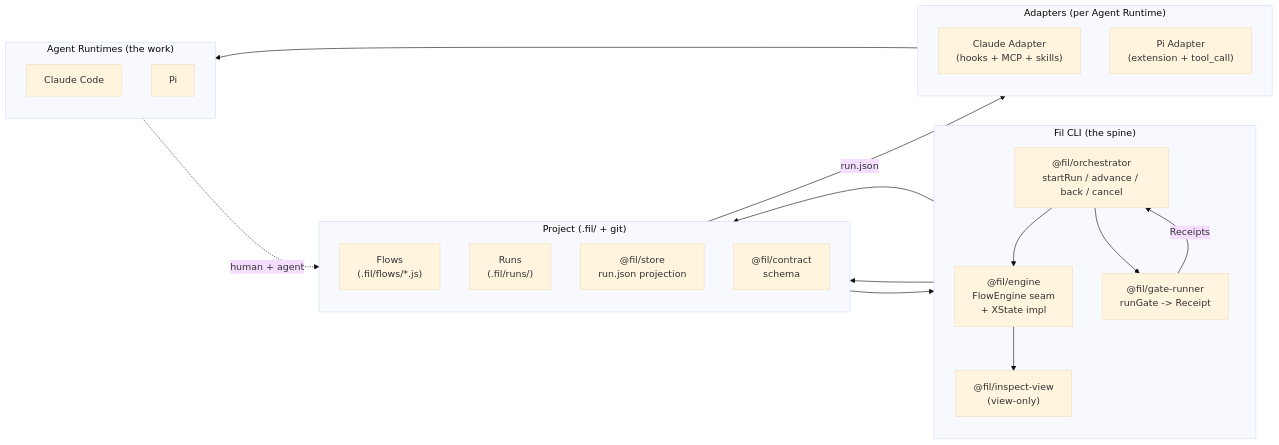
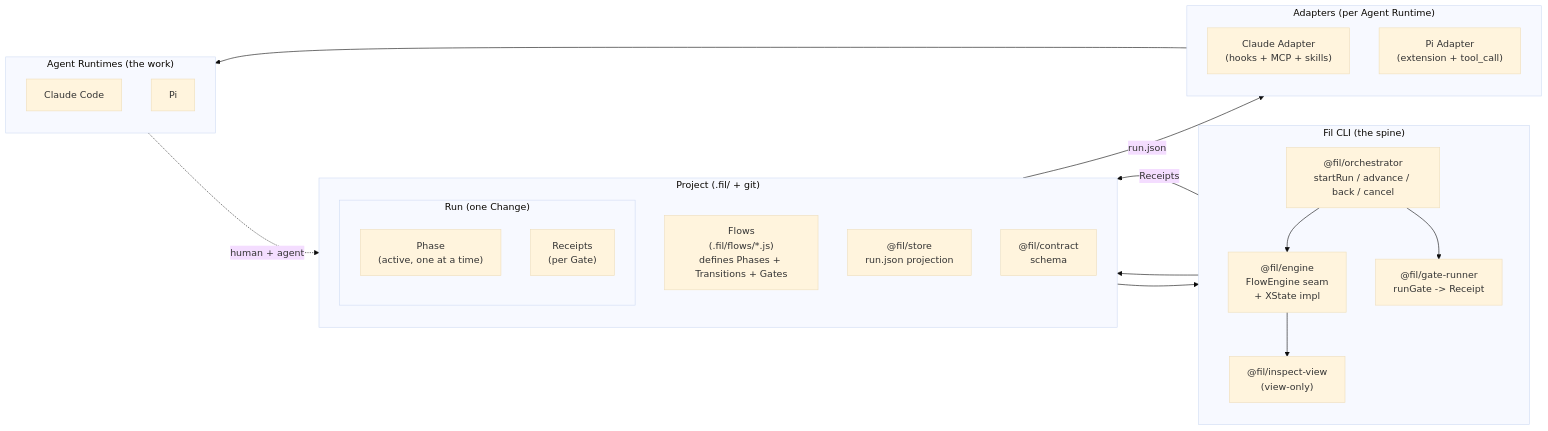
Before and after one commit to RemyFevry/fil: the diagram in README.md, drawn with Mermaid (base theme). The commit also changed other lines of this file and 2 other files, not shown here.

````diff
--- a/README.md
+++ b/README.md
@@ -46,41 +46,44 @@
 ```mermaid
 flowchart LR
     subgraph Project["Project  (.fil/ + git)"]
         direction TB
-        Flows["Flows<br/>(.fil/flows/*.js)"]
-        Runs["Runs<br/>(.fil/runs/)"]
+        Flows["Flows<br/>(.fil/flows/*.js)<br/>defines Phases + Transitions + Gates"]
+        subgraph Run["Run  (one Change)"]
+            direction TB
+            Phase["Phase<br/>(active, one at a time)"]
+            Receipts["Receipts<br/>(per Gate)"]
+        end
         Store["@fil/store<br/>run.json projection"]
         Contracts["@fil/contract<br/>schema"]
     end
 
     subgraph Fil["Fil CLI  (the spine)"]
         direction TB
         Orchestrator["@fil/orchestrator<br/>startRun / advance / back / cancel"]
         GateRunner["@fil/gate-runner<br/>runGate -> Receipt"]
         Engine["@fil/engine<br/>FlowEngine seam<br/>+ XState impl"]
         InspectView["@fil/inspect-view<br/>(view-only)"]
     end
 
     subgraph Adapters["Adapters  (per Agent Runtime)"]
         direction TB
         Claude["Claude Adapter<br/>(hooks + MCP + skills)"]
         Pi["Pi Adapter<br/>(extension + tool_call)"]
     end
 
     subgraph Runtimes["Agent Runtimes  (the work)"]
         direction TB
         CC["Claude Code"]
         PiRuntime["Pi"]
     end
 
     Flows --> Orchestrator
     Orchestrator --> Engine
     Orchestrator --> GateRunner
-    GateRunner -->|Receipts| Orchestrator
-    Orchestrator --> Store
+    Orchestrator --> Phase
+    GateRunner -->|Receipts| Receipts
     Engine --> InspectView
-    Orchestrator --> Contracts
     Contracts -->|run.json| Adapters
     Adapters --> Runtimes
-    Runtimes -. human + agent .-> Runs
+    Runtimes -. human + agent .-> Phase
 ```
````
